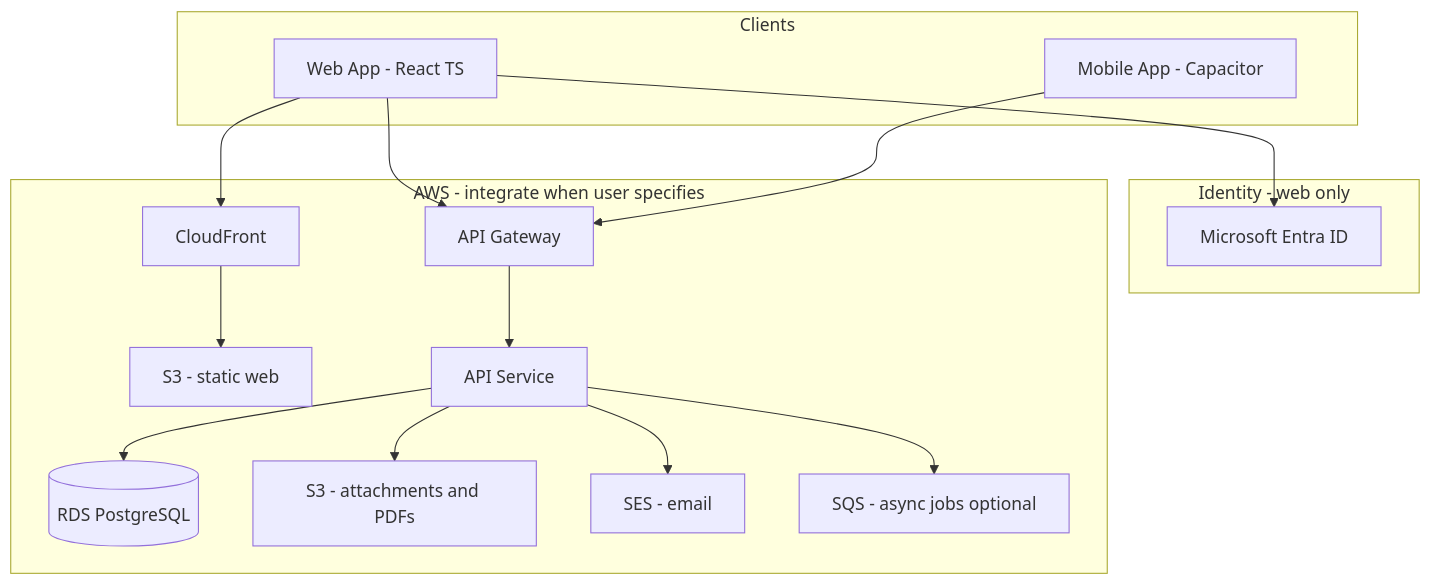
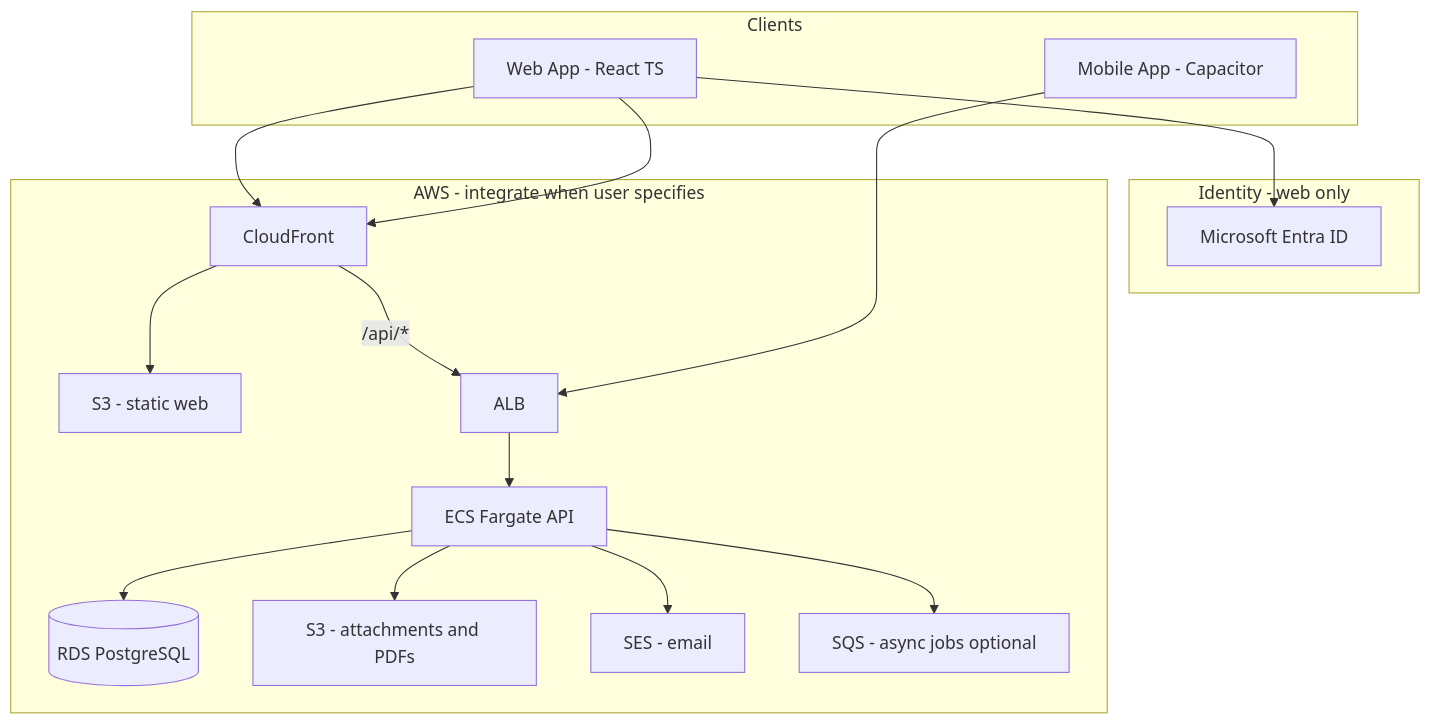
The first of 2 diagrams in docs/sdd.md (Thomas-QCD/Field), drawn with Mermaid before and after one commit. The commit also changed other lines of this file and 47 other files, not shown here.

````diff
--- a/docs/sdd.md
+++ b/docs/sdd.md
@@ -96,32 +96,32 @@
 ```mermaid
 flowchart TB
     subgraph clients [Clients]
         Web[Web App - React TS]
         Mobile[Mobile App - Capacitor]
     end
 
     subgraph identity [Identity - web only]
         Entra[Microsoft Entra ID]
     end
 
     subgraph aws [AWS - integrate when user specifies]
         CF[CloudFront]
         S3Web[S3 - static web]
-        APIGW[API Gateway]
-        API[API Service]
+        ALB[ALB]
+        API[ECS Fargate API]
         RDS[(RDS PostgreSQL)]
         S3Files[S3 - attachments and PDFs]
         SES[SES - email]
         SQS[SQS - async jobs optional]
     end
 
     Web --> CF --> S3Web
     Web --> Entra
-    Web --> APIGW
-    Mobile --> APIGW
-    APIGW --> API
+    Web --> CF
+    CF -->|"/api/*"| ALB --> API
+    Mobile --> ALB
     API --> RDS
     API --> S3Files
     API --> SES
     API --> SQS
 ```
````
